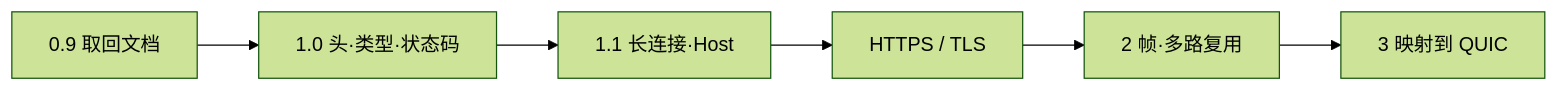
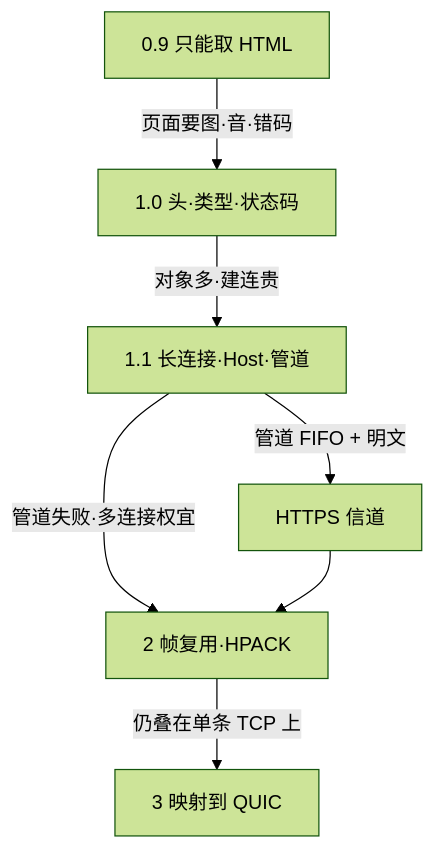
One commit to xiaxinyu/knowledge_base changed the diagram in 10-chronicle/16-http-protocol-chronicle.md. Above: the diagram before and after it, drawn with Mermaid (forest theme). The commit also changed other lines of this file, not shown here.

````diff
--- a/10-chronicle/16-http-protocol-chronicle.md
+++ b/10-chronicle/16-http-protocol-chronicle.md
@@ -50,8 +51,9 @@
 ```mermaid
-flowchart LR
-  S09["0.9 取回文档"] --> S10["1.0 头·类型·状态码"]
-  S10 --> S11["1.1 长连接·Host"]
-  S11 --> TLS["HTTPS / TLS"]
-  TLS --> H2["2 帧·多路复用"]
-  H2 --> H3["3 映射到 QUIC"]
+flowchart TB
+  A["0.9 只能取 HTML"] -->|"页面要图·音·错码"| B["1.0 头·类型·状态码"]
+  B -->|"对象多·建连贵"| C["1.1 长连接·Host·管道"]
+  C -->|"管道 FIFO + 明文"| D["HTTPS 信道"]
+  C -->|"管道失败·多连接权宜"| E["2 帧复用·HPACK"]
+  D --> E
+  E -->|"仍叠在单条 TCP 上"| F["3 映射到 QUIC"]
 ```
````
